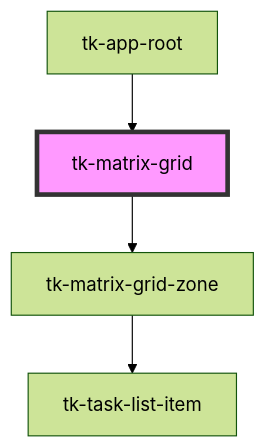
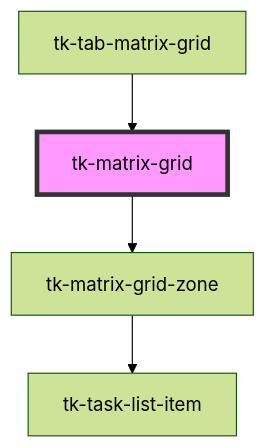
Before and after one commit to tomokat/tk-time-management-matrix-app: the diagram in client-app/src/components/time-management-matrix/matrix-grid/readme.md, drawn with Mermaid (forest theme). The commit also changed other lines of this file and 32 other files, not shown here.

Commit message:
add tab to manage multiple grid

````diff
--- a/client-app/src/components/time-management-matrix/matrix-grid/readme.md
+++ b/client-app/src/components/time-management-matrix/matrix-grid/readme.md
@@ -19,7 +26,7 @@
 ```mermaid
 graph TD;
   tk-matrix-grid --> tk-matrix-grid-zone
   tk-matrix-grid-zone --> tk-task-list-item
-  tk-app-root --> tk-matrix-grid
+  tk-tab-matrix-grid --> tk-matrix-grid
   style tk-matrix-grid fill:#f9f,stroke:#333,stroke-width:4px
 ```
````
